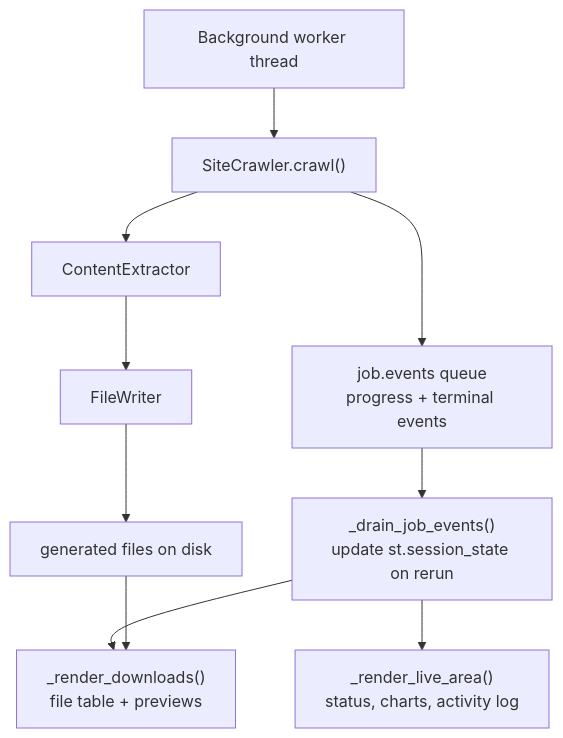
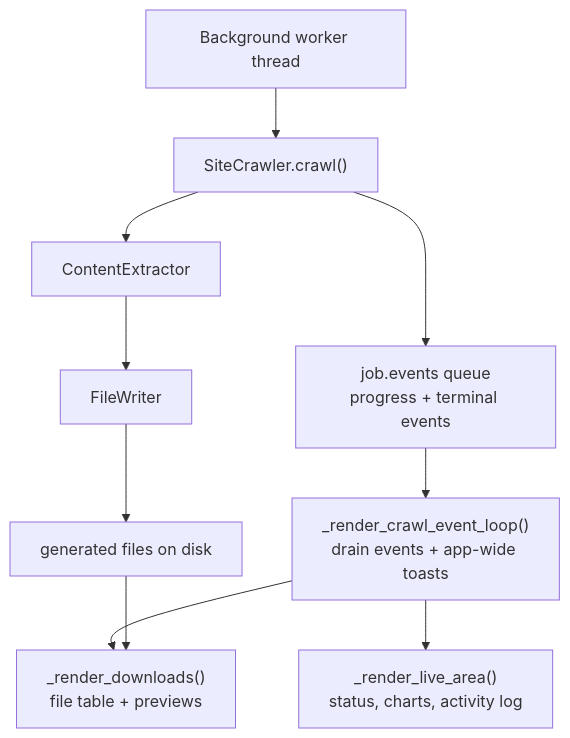
The seventh of 7 diagrams in apps/streamlit/README.md (prakosd/rag-playground), drawn with Mermaid before and after one commit. The commit also changed other lines of this file and 20 other files, not shown here.

````diff
--- a/apps/streamlit/README.md
+++ b/apps/streamlit/README.md
@@ -312,13 +349,13 @@
 ```mermaid
 flowchart TD
   Worker["Background worker thread"] --> Crawl["SiteCrawler.crawl()"]
   Crawl --> Extract["ContentExtractor"]
   Extract --> Write["FileWriter"]
   Write --> GeneratedOutput["generated files on disk"]
   Crawl --> Events["job.events queue<br/>progress + terminal events"]
 
-  Events --> Drain["_drain_job_events()<br/>update st.session_state on rerun"]
-  Drain --> LiveArea["_render_live_area()<br/>status, charts, activity log"]
-  Drain --> Downloads["_render_downloads()<br/>file table + previews"]
+  Events --> ShellLoop["_render_crawl_event_loop()<br/>drain events + app-wide toasts"]
+  ShellLoop --> LiveArea["_render_live_area()<br/>status, charts, activity log"]
+  ShellLoop --> Downloads["_render_downloads()<br/>file table + previews"]
   GeneratedOutput --> Downloads
 ```
````
